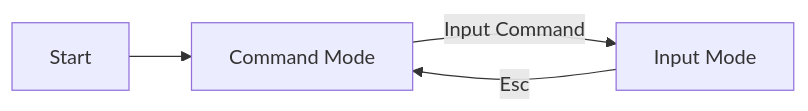
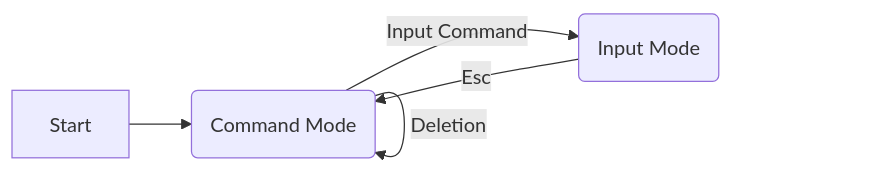
One commit to asokolsky/asokolsky.github.io changed the diagram in vi.md. Above: the diagram before and after it, drawn with Mermaid. The commit also changed other lines of this file, not shown here.

Commit message:
diagram fix

````diff
--- a/vi.md
+++ b/vi.md
@@ -30,6 +24,8 @@
 ```mermaid
-graph LR;
-A[Start]-->B[Command Mode];
-B-- Input Command -->C[Input Mode];
-C-- Esc -->B;
+graph LR
+    A[Start] --> B(Command Mode)
+    B -- Navigation --> B
+    B -- Deletion --> B
+    B -- Input Command --> D(Input Mode)
+    D --Esc--> B
 ```
````
